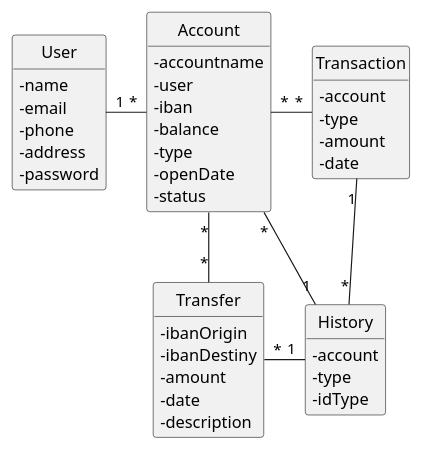
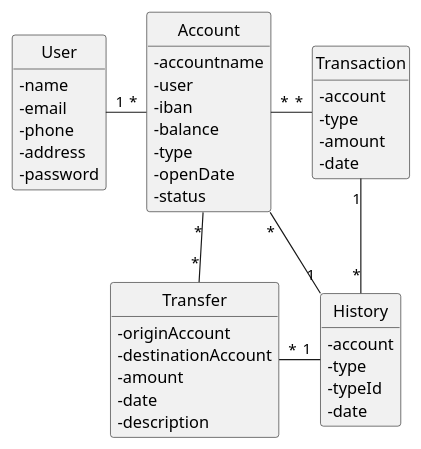
One commit to mpoboas/natwise changed the diagram in docs/DomainModel.puml. Above: the diagram before and after it, drawn with PlantUML.

```diff
--- a/docs/DomainModel.puml
+++ b/docs/DomainModel.puml
@@ -1,53 +1,54 @@
 @startuml DomainModel
 'https://plantuml.com/class-diagram
 skinparam classAttributeIconSize 0
 hide circle
 hide methods
 
 class User {
     - name
     - email 
     - phone
     - address
     - password
 }
 
 class Account {
     - accountname
     - user
     - iban
     - balance
     - type
     - openDate
     - status
 }
 
 class Transfer {
-    - ibanOrigin
-    - ibanDestiny
+    - originAccount
+    - destinationAccount
     - amount
     - date
     - description
 }
 
 class Transaction {
     - account
     - type
     - amount
     - date
 }
 
 class History {
     - account
     - type
-    - idType
+    - typeId
+    - date
 }
 
 User "1"-"*" Account
 Account "*"-"*" Transfer
 Account "*"-"1" History
 Transfer "*"-"1" History
 Account "*"-"*" Transaction
 Transaction "1"-d-"*" History
 
 @enduml
```
